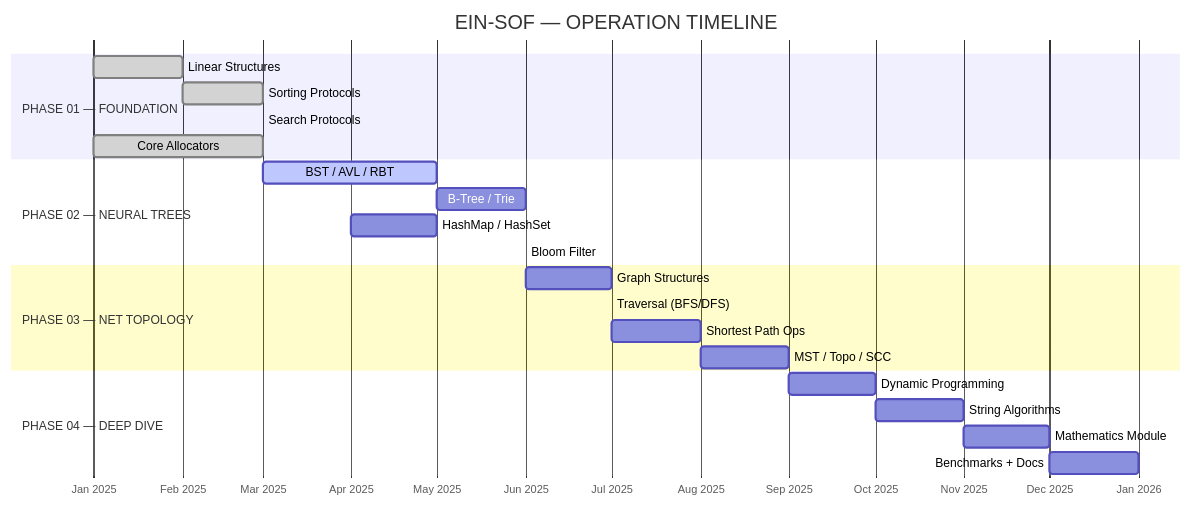
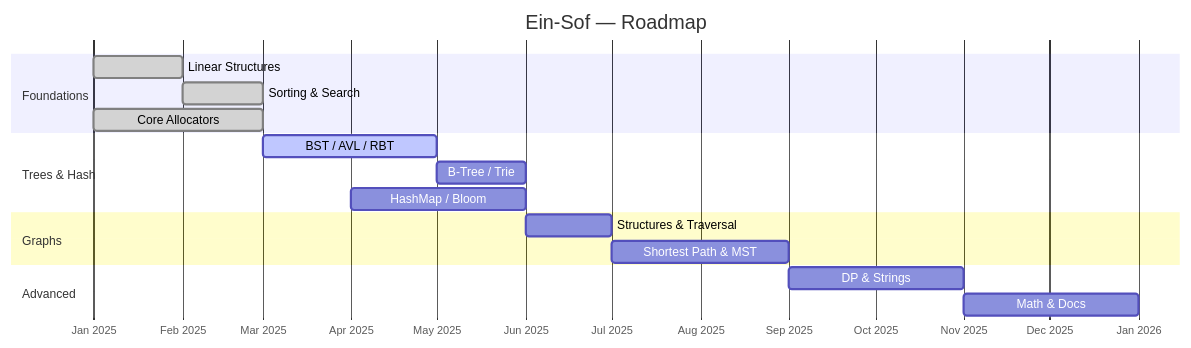
The third of 3 diagrams in README.md (0x11semprez/ein-sof), drawn with Mermaid before and after one commit. The commit also changed other lines of this file, not shown here.

````diff
--- a/README.md
+++ b/README.md
@@ -966,30 +553,24 @@
 ```mermaid
 gantt
-    title EIN-SOF — OPERATION TIMELINE
+    title Ein-Sof — Roadmap
     dateFormat YYYY-MM
     axisFormat %b %Y
 
-    section PHASE 01 — FOUNDATION
-    Linear Structures     :done, p1a, 2025-01, 2025-02
-    Sorting Protocols     :done, p1b, 2025-02, 2025-03
-    Search Protocols      :done, p1c, 2025-03, 2025-03
-    Core Allocators       :done, p1d, 2025-01, 2025-03
+    section Foundations
+    Linear Structures     :done, 2025-01, 2025-02
+    Sorting & Search      :done, 2025-02, 2025-03
+    Core Allocators       :done, 2025-01, 2025-03
 
-    section PHASE 02 — NEURAL TREES
-    BST / AVL / RBT       :active, p2a, 2025-03, 2025-05
-    B-Tree / Trie         :p2b, 2025-05, 2025-06
-    HashMap / HashSet     :p2c, 2025-04, 2025-05
-    Bloom Filter          :p2d, 2025-06, 2025-06
+    section Trees & Hash
+    BST / AVL / RBT       :active, 2025-03, 2025-05
+    B-Tree / Trie         :2025-05, 2025-06
+    HashMap / Bloom       :2025-04, 2025-06
 
-    section PHASE 03 — NET TOPOLOGY
-    Graph Structures      :p3a, 2025-06, 2025-07
-    Traversal (BFS/DFS)   :p3b, 2025-07, 2025-07
-    Shortest Path Ops     :p3c, 2025-07, 2025-08
-    MST / Topo / SCC      :p3d, 2025-08, 2025-09
+    section Graphs
+    Structures & Traversal :2025-06, 2025-07
+    Shortest Path & MST   :2025-07, 2025-09
 
-    section PHASE 04 — DEEP DIVE
-    Dynamic Programming   :p4a, 2025-09, 2025-10
-    String Algorithms     :p4b, 2025-10, 2025-11
-    Mathematics Module    :p4c, 2025-11, 2025-12
-    Benchmarks + Docs     :p4d, 2025-12, 2026-01
+    section Advanced
+    DP & Strings          :2025-09, 2025-11
+    Math & Docs           :2025-11, 2026-01
 ```
````
